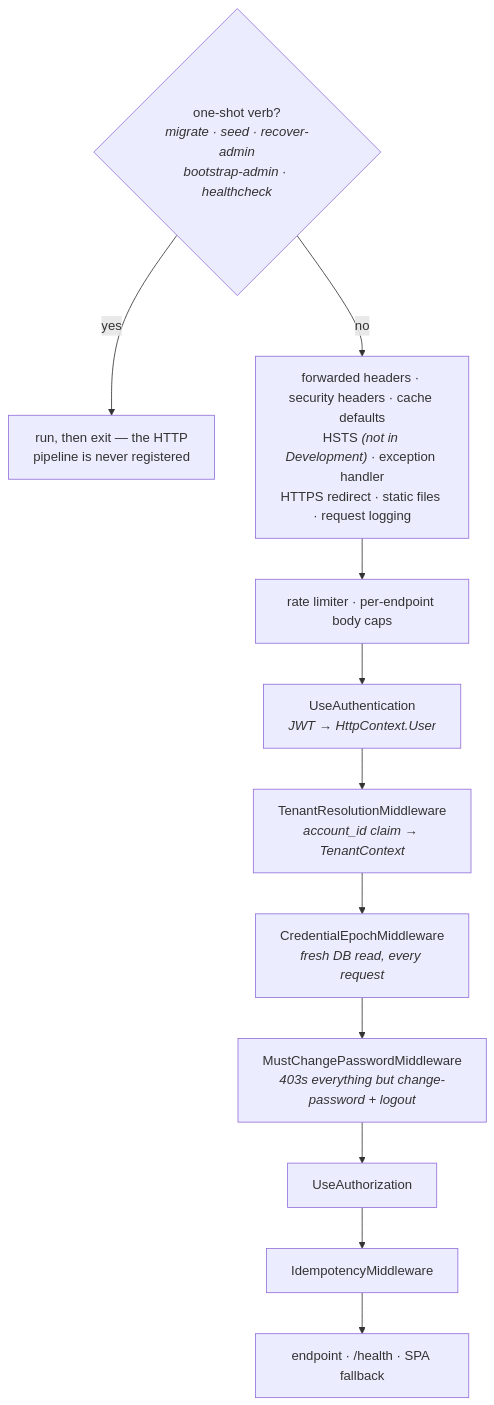
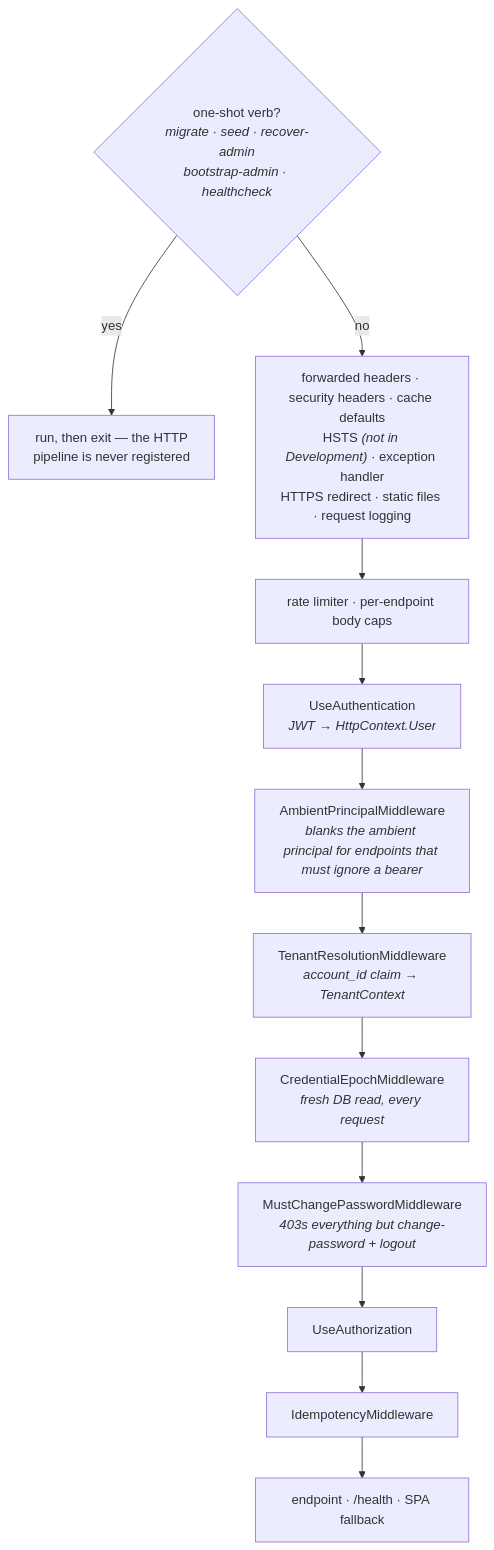
The first of 4 diagrams in docs/architecture.md (mforce/cluckwork), drawn with Mermaid before and after one commit. The commit also changed 104 other files, not shown here.

````diff
--- a/docs/architecture.md
+++ b/docs/architecture.md
@@ -19,16 +19,17 @@
 ```mermaid
 flowchart TD
     CLI{"one-shot verb?<br/><i>migrate · seed · recover-admin<br/>bootstrap-admin · healthcheck</i>"}
     CLI -->|yes| EXIT["run, then exit — the HTTP<br/>pipeline is never registered"]
     CLI -->|no| EDGE
 
     EDGE["forwarded headers · security headers · cache defaults<br/>HSTS <i>(not in Development)</i> · exception handler<br/>HTTPS redirect · static files · request logging"]
     EDGE --> LIMITS["rate limiter · per-endpoint body caps"]
     LIMITS --> AUTHN["UseAuthentication<br/><i>JWT → HttpContext.User</i>"]
-    AUTHN --> TENANT["TenantResolutionMiddleware<br/><i>account_id claim → TenantContext</i>"]
+    AUTHN --> AMBIENT["AmbientPrincipalMiddleware<br/><i>blanks the ambient principal for endpoints that must ignore a bearer</i>"]
+    AMBIENT --> TENANT["TenantResolutionMiddleware<br/><i>account_id claim → TenantContext</i>"]
     TENANT --> EPOCH["CredentialEpochMiddleware<br/><i>fresh DB read, every request</i>"]
     EPOCH --> MCP["MustChangePasswordMiddleware<br/><i>403s everything but change-password + logout</i>"]
     MCP --> AUTHZ["UseAuthorization"]
     AUTHZ --> IDEM["IdempotencyMiddleware"]
     IDEM --> ENDPOINT["endpoint · /health · SPA fallback"]
 ```
````
